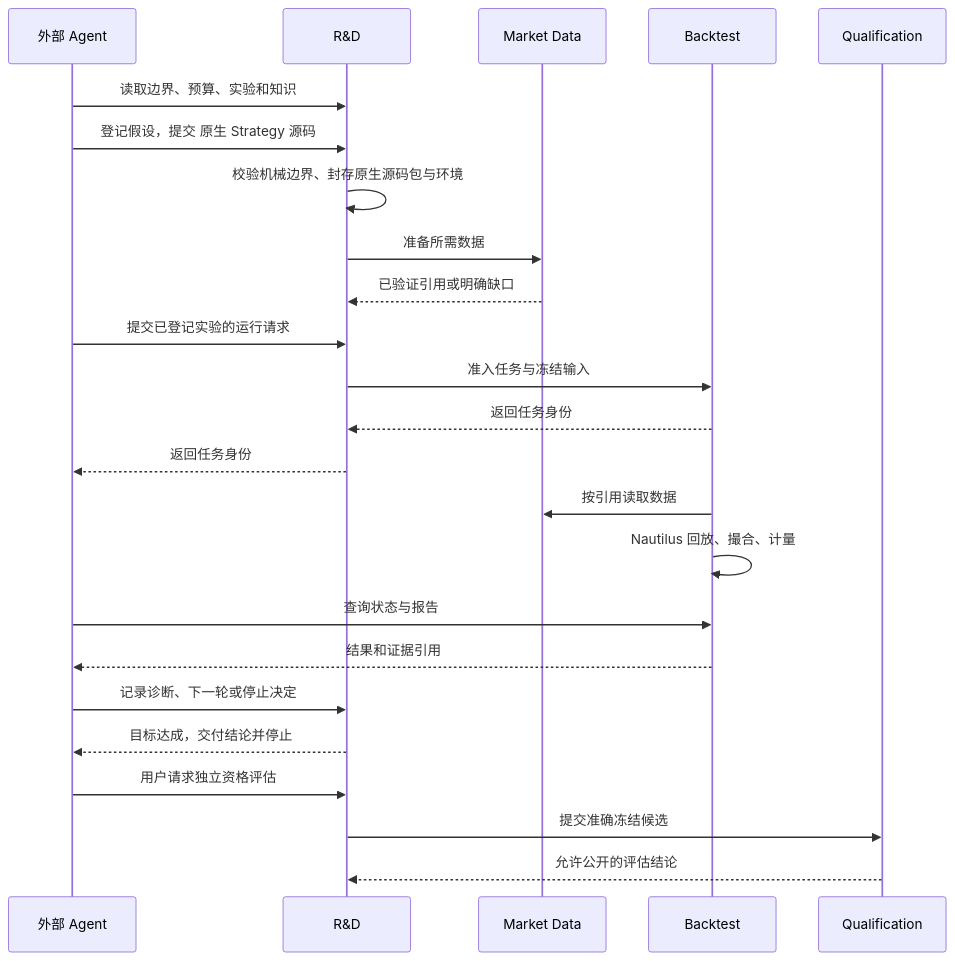
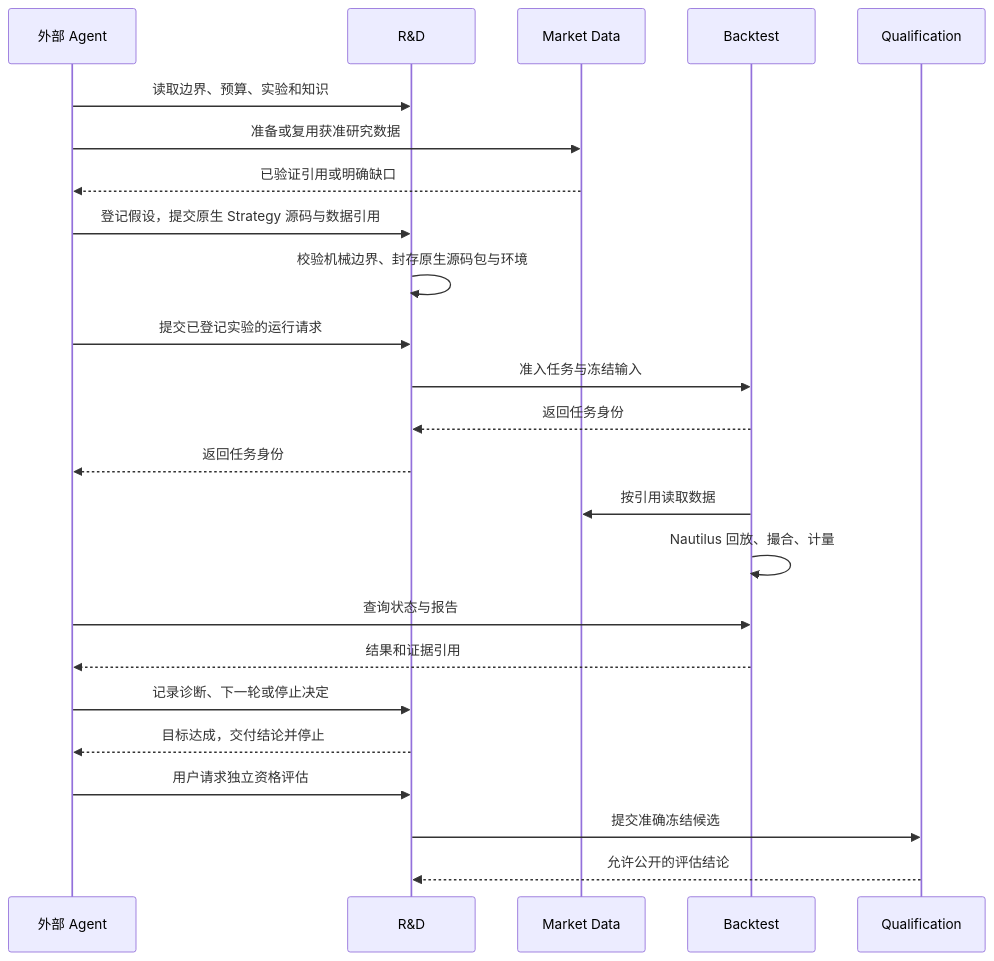
One commit to qOeOp/trade changed the third of 5 diagrams in docs/architecture/index.zh.md. Above: the diagram before and after it, drawn with Mermaid. The commit also changed other lines of this file and 12 other files, not shown here.

Commit message:
docs(architecture): audit Nautilus capability adoption and R-1 liquidation bounds

````diff
--- a/docs/architecture/index.zh.md
+++ b/docs/architecture/index.zh.md
@@ -656,26 +659,26 @@
 ```mermaid
 sequenceDiagram
     participant A as 外部 Agent
     participant R as R&D
     participant M as Market Data
     participant B as Backtest
     participant Q as Qualification
     A->>R: 读取边界、预算、实验和知识
-    A->>R: 登记假设，提交 原生 Strategy 源码
+    A->>M: 准备或复用获准研究数据
+    M-->>A: 已验证引用或明确缺口
+    A->>R: 登记假设，提交原生 Strategy 源码与数据引用
     R->>R: 校验机械边界、封存原生源码包与环境
-    R->>M: 准备所需数据
-    M-->>R: 已验证引用或明确缺口
     A->>R: 提交已登记实验的运行请求
     R->>B: 准入任务与冻结输入
     B-->>R: 返回任务身份
     R-->>A: 返回任务身份
     B->>M: 按引用读取数据
     B->>B: Nautilus 回放、撮合、计量
     A->>B: 查询状态与报告
     B-->>A: 结果和证据引用
     A->>R: 记录诊断、下一轮或停止决定
     R-->>A: 目标达成，交付结论并停止
     A->>R: 用户请求独立资格评估
     R->>Q: 提交准确冻结候选
     Q-->>R: 允许公开的评估结论
 ```
````
